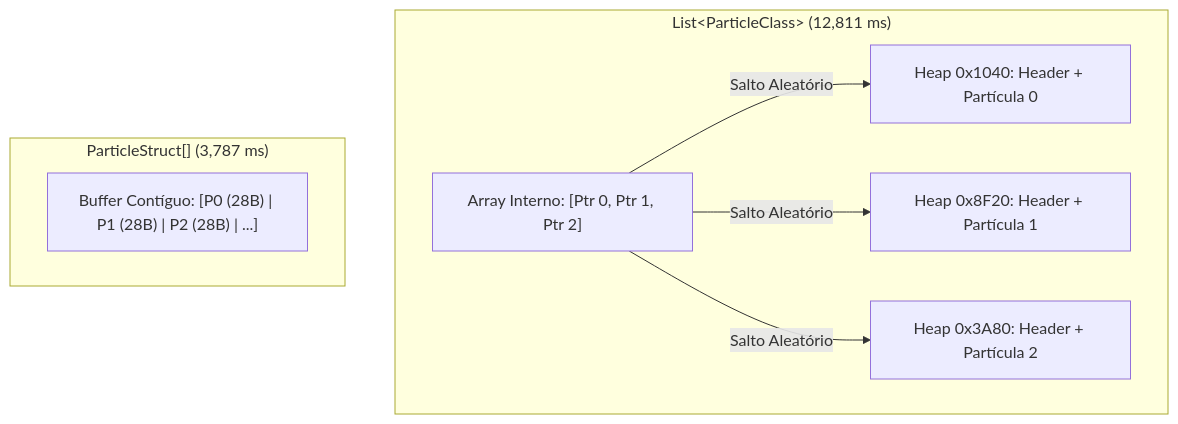
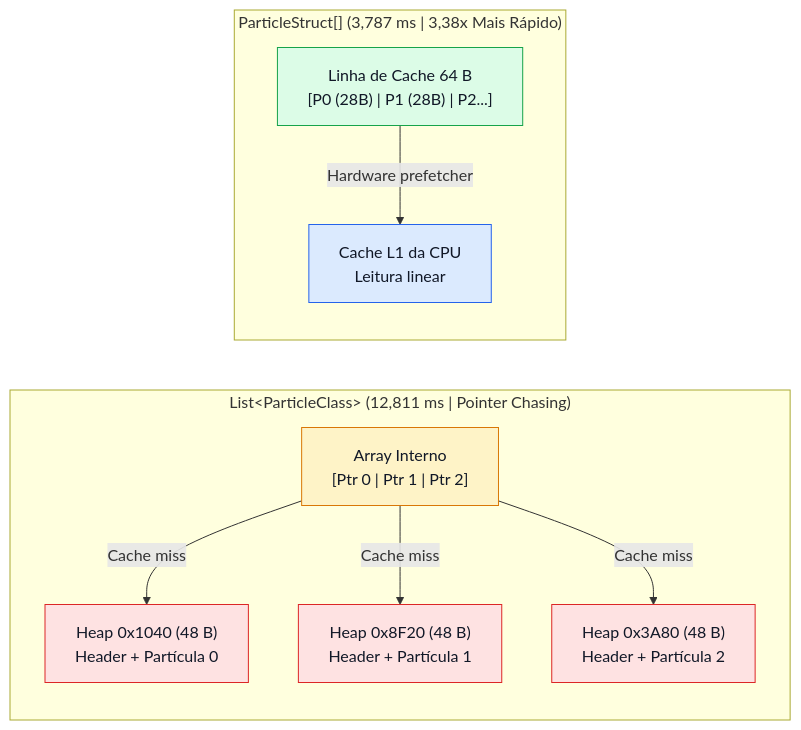
Before and after one commit to LevyArsOS/csharp-lessons: the diagram in CSharpLessons/DataLocality/Tutorial/pt-br.md, drawn with Mermaid. The commit also changed other lines of this file and 5 other files, not shown here.

First line of the commit message:
docs(tutorials): fix DelegateCaching labels and upgrade Mermaid diagrams

````diff
--- a/CSharpLessons/DataLocality/Tutorial/pt-br.md
+++ b/CSharpLessons/DataLocality/Tutorial/pt-br.md
@@ -41,11 +41,17 @@
 ```mermaid
-flowchart TD
-    subgraph Scattered["List&lt;ParticleClass&gt; (12,811 ms)"]
-        L["Array Interno: [Ptr 0, Ptr 1, Ptr 2]"] -->|"Salto Aleatório"| H0["Heap 0x1040: Header + Partícula 0"]
-        L -->|"Salto Aleatório"| H1["Heap 0x8F20: Header + Partícula 1"]
-        L -->|"Salto Aleatório"| H2["Heap 0x3A80: Header + Partícula 2"]
+flowchart LR
+    classDef slow fill:#fee2e2,stroke:#dc2626,color:#111827
+    classDef fast fill:#dcfce7,stroke:#16a34a,color:#111827
+    classDef hw fill:#dbeafe,stroke:#2563eb,color:#111827
+    classDef warn fill:#fef3c7,stroke:#d97706,color:#111827
+
+    subgraph Scattered["List&lt;ParticleClass&gt; (12,811 ms | Pointer Chasing)"]
+        L["Array Interno<br/>[Ptr 0 | Ptr 1 | Ptr 2]"]:::warn -->|"Cache miss"| H0["Heap 0x1040 (48 B)<br/>Header + Partícula 0"]:::slow
+        L -->|"Cache miss"| H1["Heap 0x8F20 (48 B)<br/>Header + Partícula 1"]:::slow
+        L -->|"Cache miss"| H2["Heap 0x3A80 (48 B)<br/>Header + Partícula 2"]:::slow
     end
-    subgraph Contiguous["ParticleStruct[] (3,787 ms)"]
-        C["Buffer Contíguo: [P0 (28B) | P1 (28B) | P2 (28B) | ...]"]
+
+    subgraph Contiguous["ParticleStruct[] (3,787 ms | 3,38x Mais Rápido)"]
+        C["Linha de Cache 64 B<br/>[P0 (28B) | P1 (28B) | P2...]"]:::fast -->|"Hardware prefetcher"| CPU["Cache L1 da CPU<br/>Leitura linear"]:::hw
     end
 ```
````
